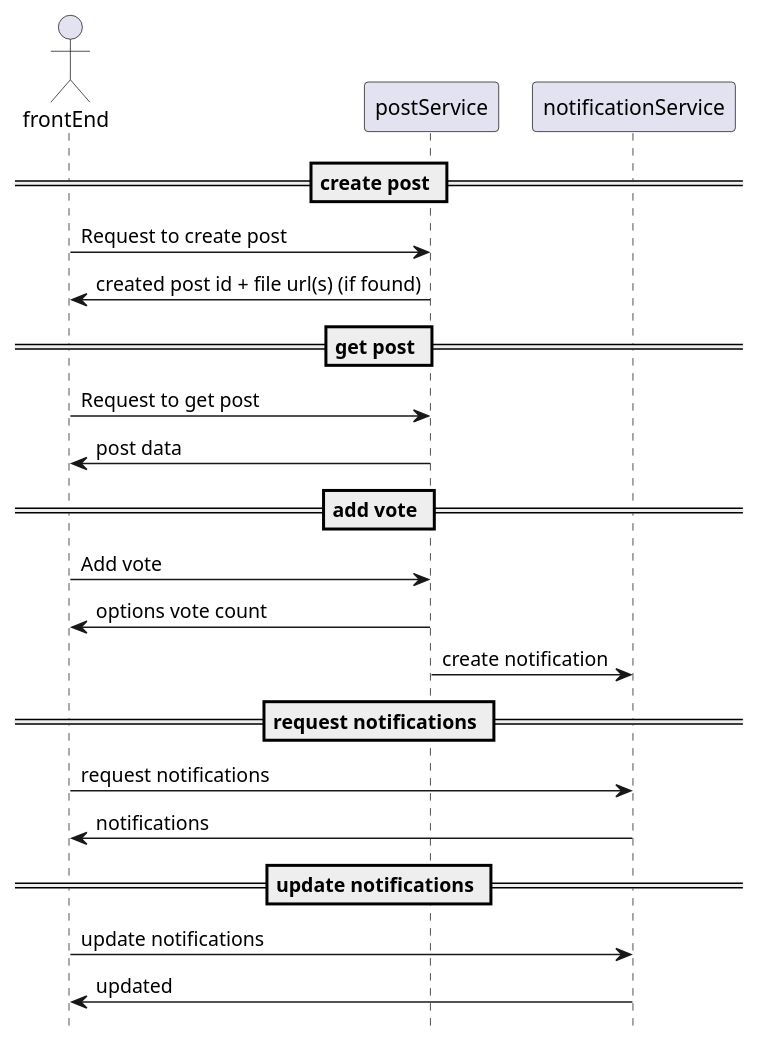
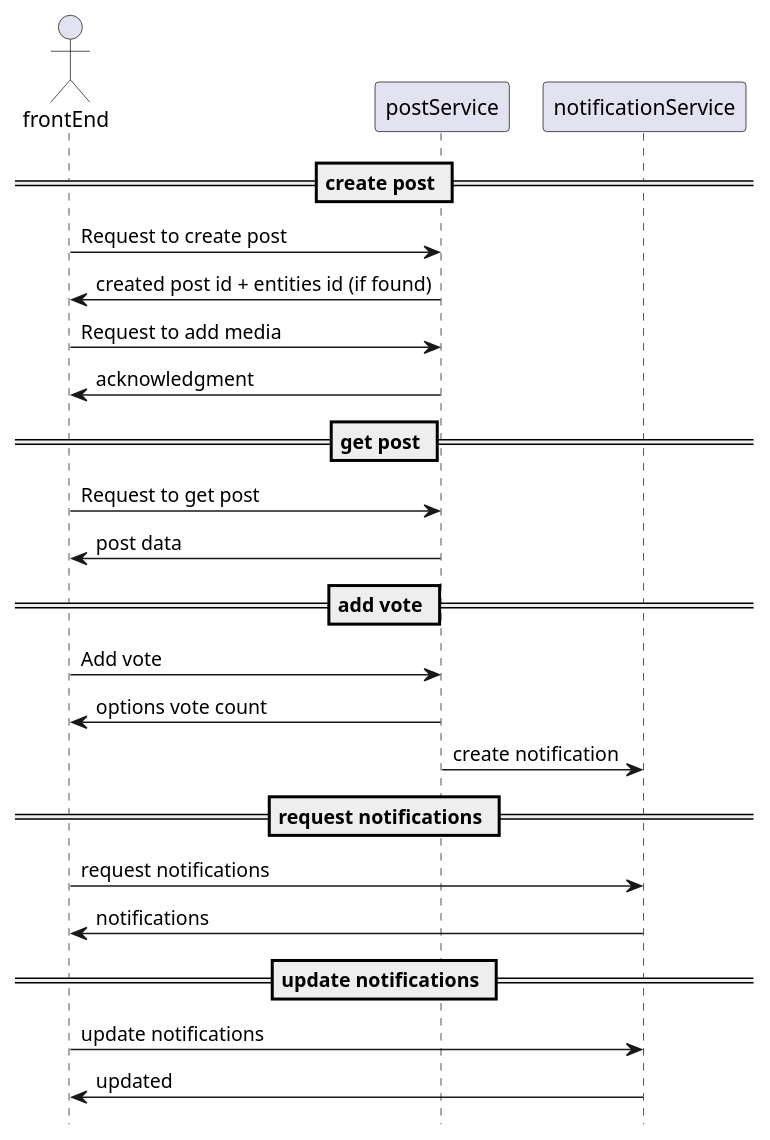
Before and after one commit to saifaldin/diagrams: the diagram in frontend/overall.sequenceDiagram.plantuml, drawn with PlantUML. The commit also changed 3 other files, not shown here.

```diff
--- a/frontend/overall.sequenceDiagram.plantuml
+++ b/frontend/overall.sequenceDiagram.plantuml
@@ -1,30 +1,33 @@
 @startuml general
 hide footbox
 
 actor frontEnd
 
 participant postService
 participant notificationService
 
 == create post ==
 frontEnd -> postService : Request to create post
-postService -> frontEnd: created post id + file url(s) (if found)
+postService -> frontEnd: created post id + entities id (if found)
+
+frontEnd -> postService : Request to add media
+postService -> frontEnd: acknowledgment
 
 == get post ==
 frontEnd -> postService : Request to get post
 postService -> frontEnd : post data
 
 == add vote ==
 frontEnd -> postService : Add vote
 postService -> frontEnd : options vote count
 postService -> notificationService : create notification
 
 == request notifications ==
 frontEnd -> notificationService : request notifications
 notificationService -> frontEnd : notifications
 
 == update notifications ==
 frontEnd -> notificationService : update notifications
 notificationService -> frontEnd : updated
 
 @enduml
```
